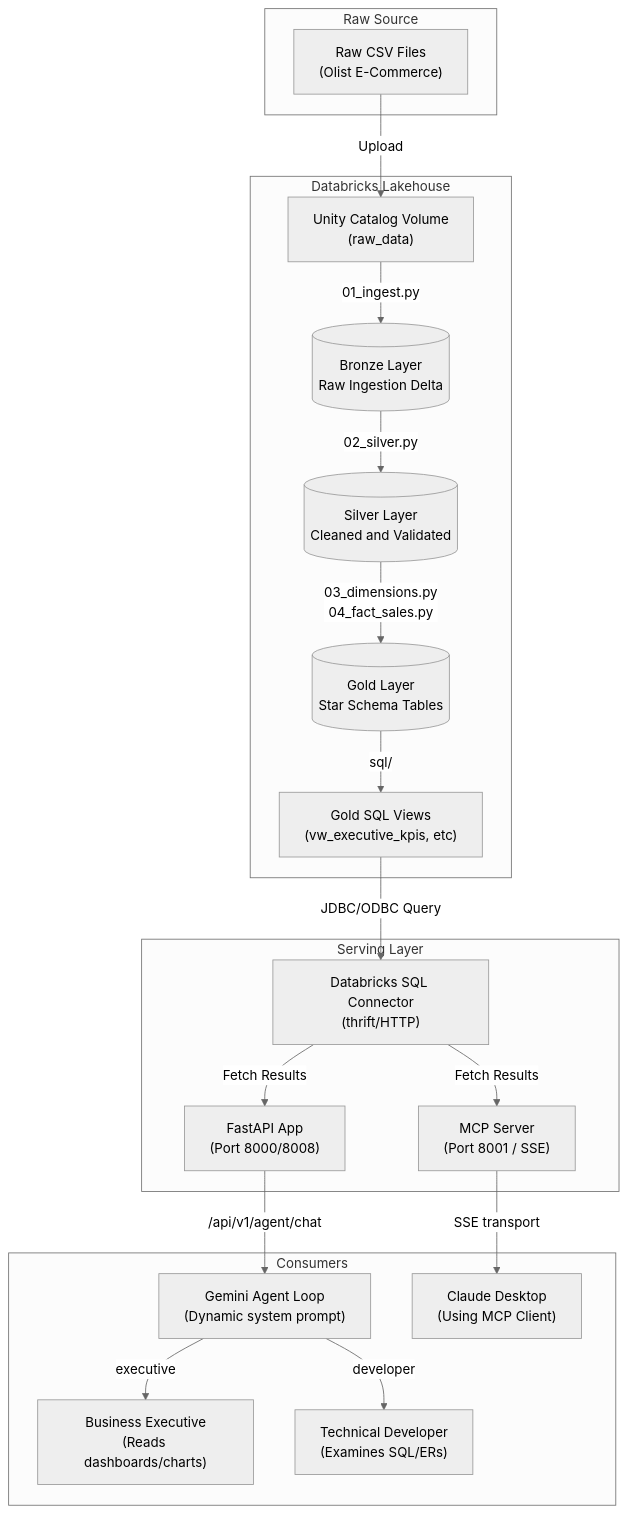
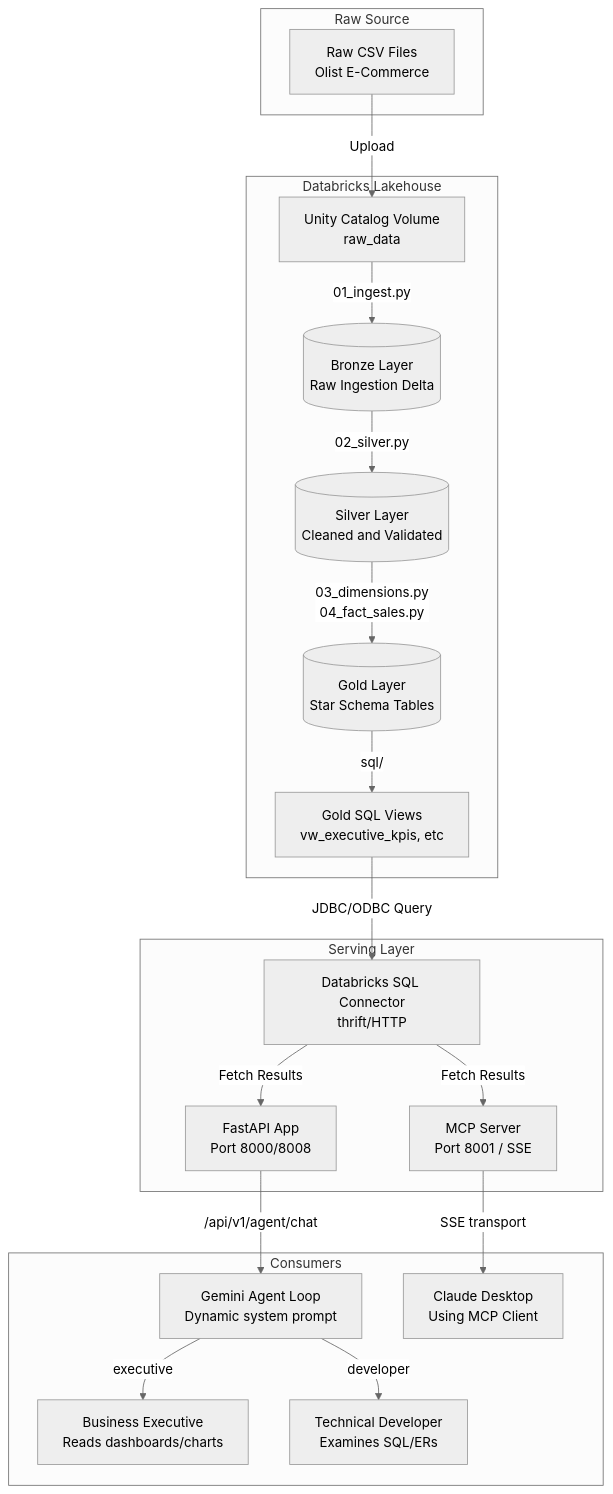
One commit to Azaken1248/Retail-Intelligence-Platform changed the diagram in docs/guide/architecture.md. Above: the diagram before and after it, drawn with Mermaid (neutral theme). The commit also changed 3 other files, not shown here.

Commit message:
docs: add terminology and SQL queries reference, fix mermaid diagrams

````diff
--- a/docs/guide/architecture.md
+++ b/docs/guide/architecture.md
@@ -7,42 +7,42 @@
 ```mermaid
 flowchart TD
-    subgraph Raw Source
-        CSV["Raw CSV Files<br>(Olist E-Commerce)"]
+    subgraph raw_source [Raw Source]
+        CSV["Raw CSV Files<br>Olist E-Commerce"]
     end
 
-    subgraph Databricks Lakehouse
-        Volume["Unity Catalog Volume<br>(raw_data)"]
+    subgraph databricks_lakehouse [Databricks Lakehouse]
+        Volume["Unity Catalog Volume<br>raw_data"]
         Bronze[("Bronze Layer<br>Raw Ingestion Delta")]
         Silver[("Silver Layer<br>Cleaned and Validated")]
         Gold[("Gold Layer<br>Star Schema Tables")]
-        Views["Gold SQL Views<br>(vw_executive_kpis, etc)"]
+        Views["Gold SQL Views<br>vw_executive_kpis, etc"]
         
-        CSV -->|Upload| Volume
-        Volume -->|01_ingest.py| Bronze
-        Bronze -->|02_silver.py| Silver
-        Silver -->|03_dimensions.py<br>04_fact_sales.py| Gold
+        CSV -->|"Upload"| Volume
+        Volume -->|"01_ingest.py"| Bronze
+        Bronze -->|"02_silver.py"| Silver
+        Silver -->|"03_dimensions.py<br>04_fact_sales.py"| Gold
         Gold -->|"sql/"| Views
     end
 
-    subgraph Serving Layer
-        API["FastAPI App<br>(Port 8000/8008)"]
-        MCP["MCP Server<br>(Port 8001 / SSE)"]
-        Client["Databricks SQL Connector<br>(thrift/HTTP)"]
+    subgraph serving_layer [Serving Layer]
+        API["FastAPI App<br>Port 8000/8008"]
+        MCP["MCP Server<br>Port 8001 / SSE"]
+        Client["Databricks SQL Connector<br>thrift/HTTP"]
         
         Views -->|"JDBC/ODBC Query"| Client
-        Client -->|Fetch Results| API
-        Client -->|Fetch Results| MCP
+        Client -->|"Fetch Results"| API
+        Client -->|"Fetch Results"| MCP
     end
 
-    subgraph Consumers
-        Exec["Business Executive<br>(Reads dashboards/charts)"]
-        Dev["Technical Developer<br>(Examines SQL/ERs)"]
-        Agent["Gemini Agent Loop<br>(Dynamic system prompt)"]
-        Claude["Claude Desktop<br>(Using MCP Client)"]
+    subgraph consumers [Consumers]
+        Exec["Business Executive<br>Reads dashboards/charts"]
+        Dev["Technical Developer<br>Examines SQL/ERs"]
+        Agent["Gemini Agent Loop<br>Dynamic system prompt"]
+        Claude["Claude Desktop<br>Using MCP Client"]
         
         API -->|"/api/v1/agent/chat"| Agent
-        Agent -->|executive| Exec
-        Agent -->|developer| Dev
-        MCP -->|SSE transport| Claude
+        Agent -->|"executive"| Exec
+        Agent -->|"developer"| Dev
+        MCP -->|"SSE transport"| Claude
     end
 ```
````
